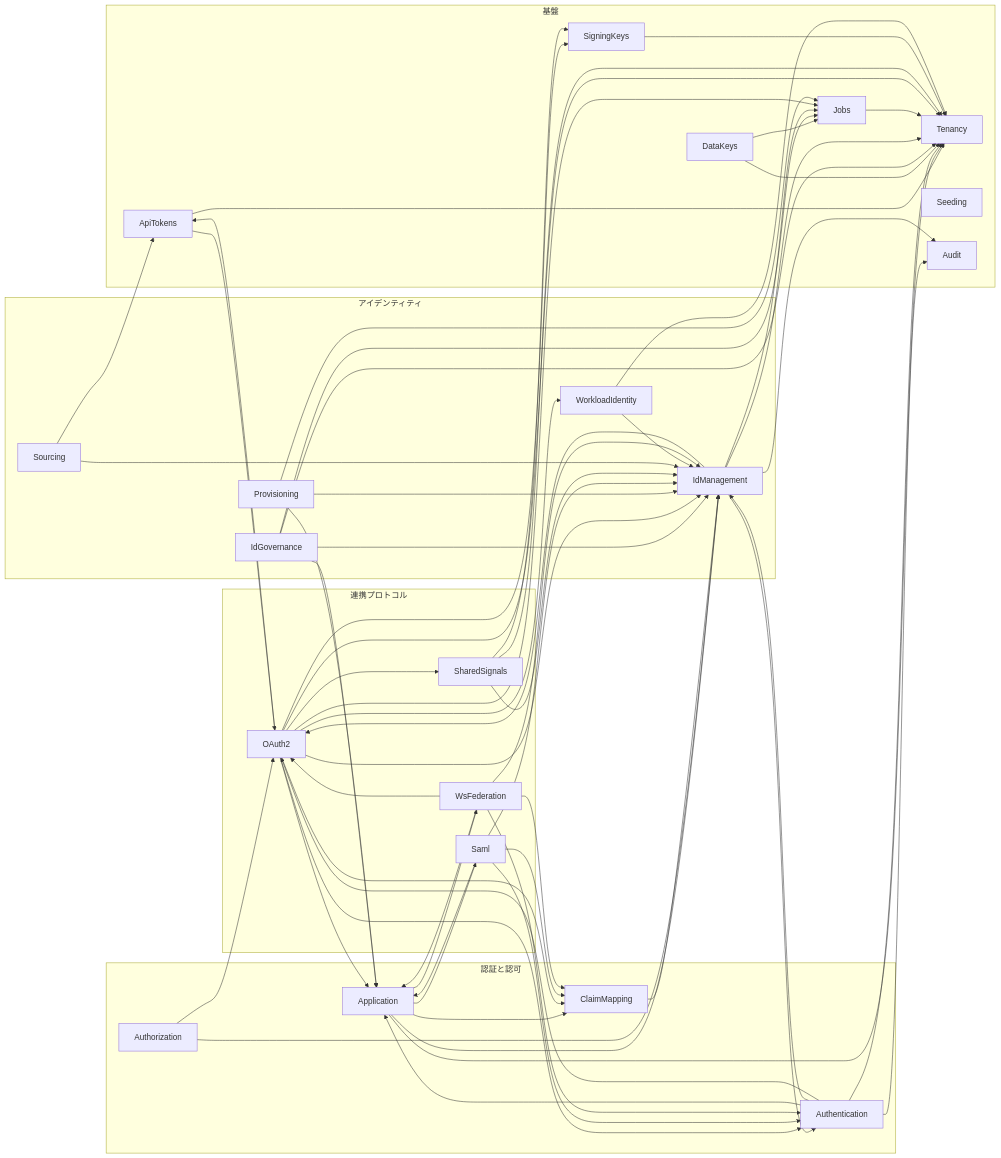
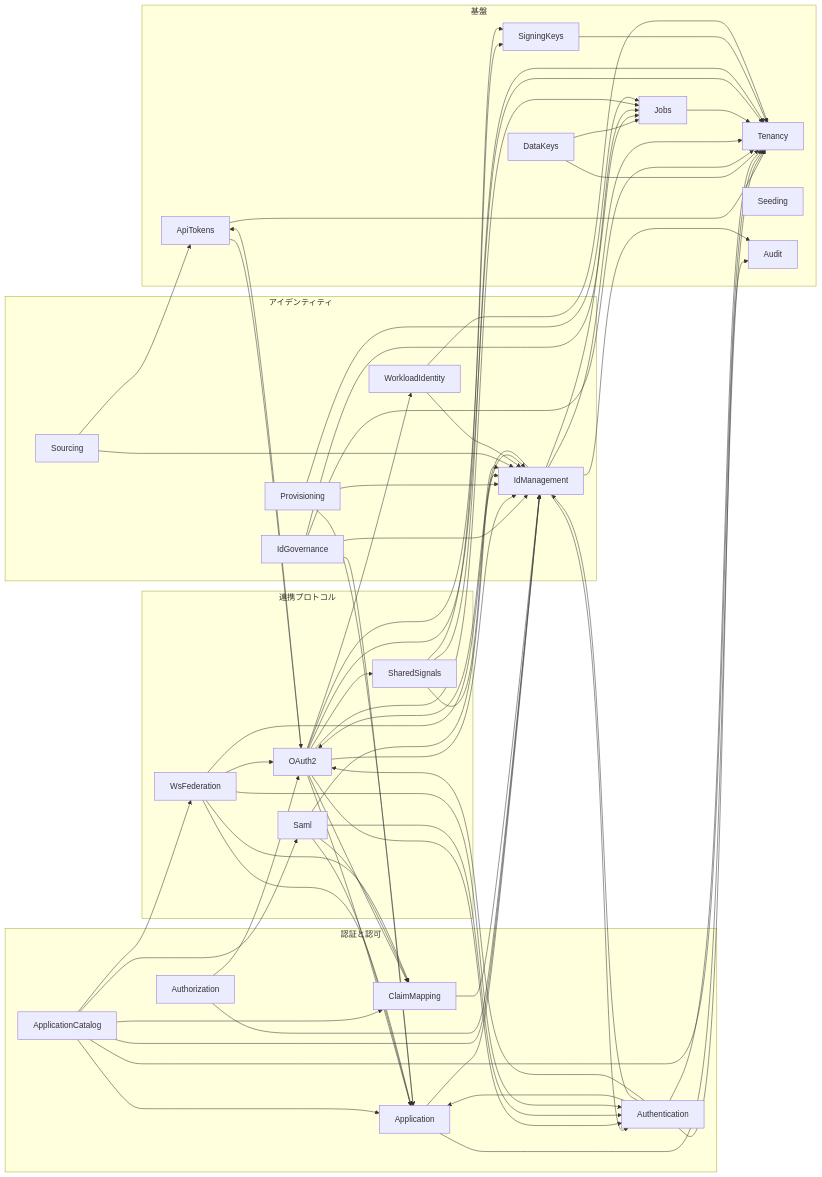
The diagram in docs/modules/README.md (ambi/idmagic), drawn with Mermaid before and after one commit. The commit also changed other lines of this file and 60 other files, not shown here.

```diff
--- a/docs/modules/README.md
+++ b/docs/modules/README.md
@@ -118,6 +119,7 @@
     Authentication
     Authorization
     Application
+    ApplicationCatalog
     ClaimMapping
   end
   subgraph group3["連携プロトコル"]
@@ -128,11 +130,14 @@
   end
   ApiTokens --> OAuth2
   ApiTokens --> Tenancy
-  Application --> ClaimMapping
   Application --> IdManagement
-  Application --> Saml
   Application --> Tenancy
-  Application --> WsFederation
+  ApplicationCatalog --> Application
+  ApplicationCatalog --> ClaimMapping
+  ApplicationCatalog --> IdManagement
+  ApplicationCatalog --> Saml
+  ApplicationCatalog --> Tenancy
+  ApplicationCatalog --> WsFederation
   Authentication --> Application
   Authentication --> Audit
   Authentication --> IdManagement
```
